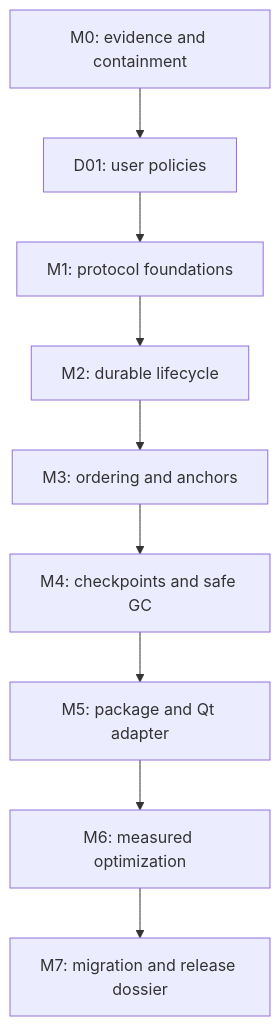
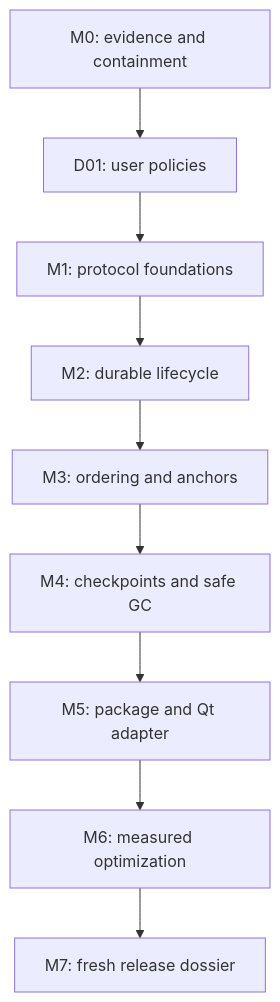
Before and after one commit to clintonthegeek/collabtext: the diagram in docs/roadmap/2026-10-reliability/README.md, drawn with Mermaid. The commit also changed other lines of this file and 13 other files, not shown here.

````diff
--- a/docs/roadmap/2026-10-reliability/README.md
+++ b/docs/roadmap/2026-10-reliability/README.md
@@ -34,11 +34,11 @@
 ```mermaid
 flowchart TD
     V["M0: evidence and containment"] --> D["D01: user policies"]
     D --> P["M1: protocol foundations"]
     P --> L["M2: durable lifecycle"]
     L --> S["M3: ordering and anchors"]
     S --> G["M4: checkpoints and safe GC"]
     G --> A["M5: package and Qt adapter"]
     A --> X["M6: measured optimization"]
-    X --> E["M7: migration and release dossier"]
+    X --> E["M7: fresh release dossier"]
 ```
````
